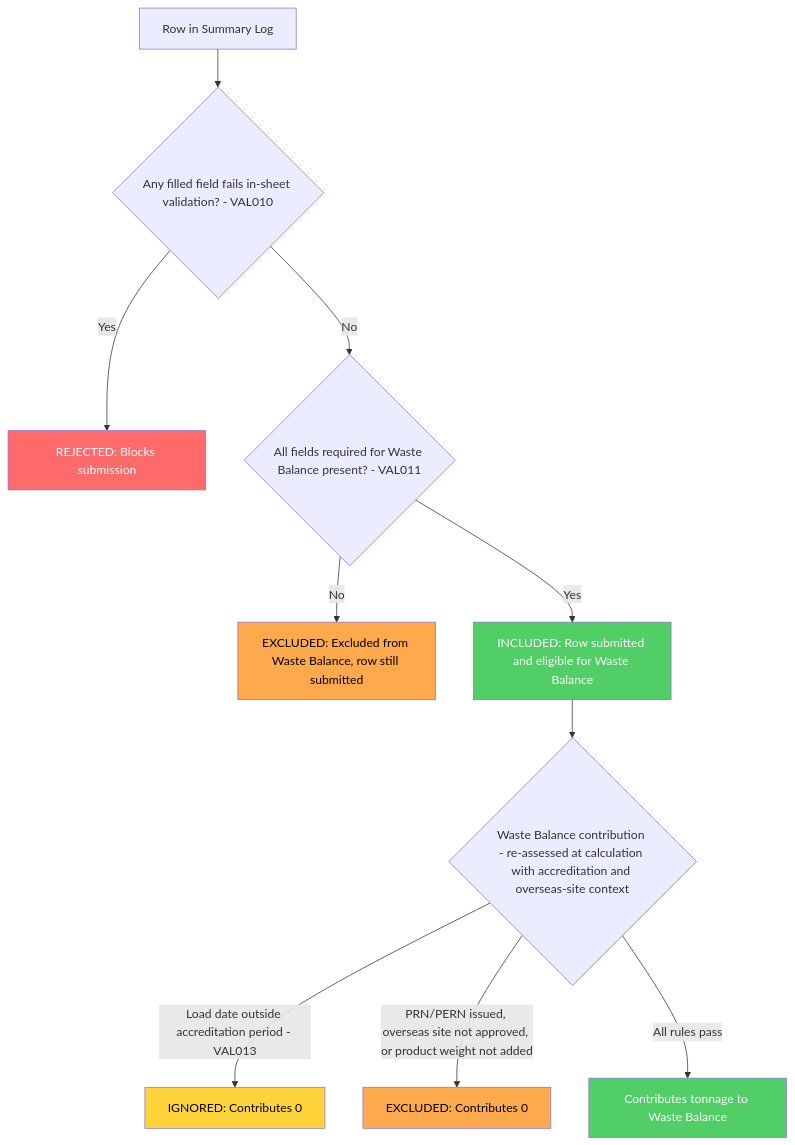
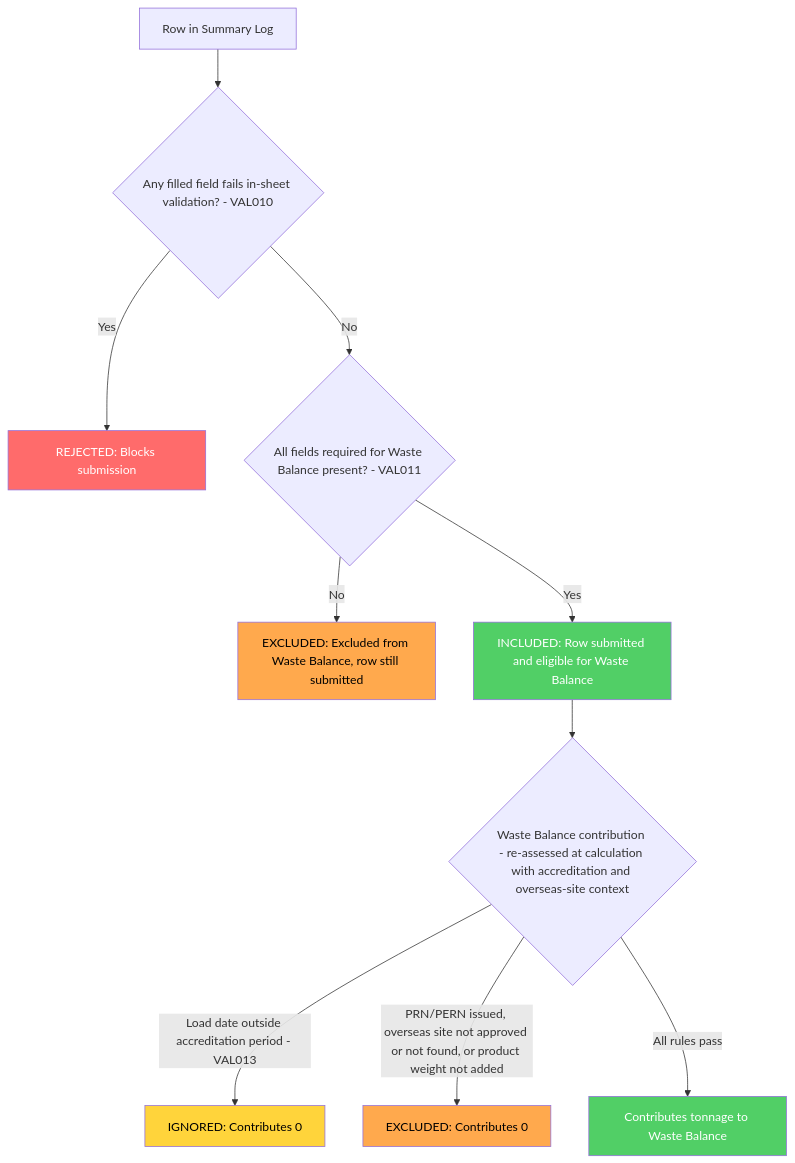
Before and after one commit to DEFRA/epr-re-ex-service: the diagram in docs/architecture/defined/summary-log-row-validation-classification.md, drawn with Mermaid. The commit also changed other lines of this file and 1 other file, not shown here.

Commit message:
PAE-1647: Document ORS_NOT_FOUND exclusion reason (#292)

````diff
--- a/docs/architecture/defined/summary-log-row-validation-classification.md
+++ b/docs/architecture/defined/summary-log-row-validation-classification.md
@@ -75,23 +76,23 @@
 ```mermaid
 flowchart TD
     A[Row in Summary Log] --> B{Any filled field fails in-sheet validation? - VAL010}
 
     B -->|Yes| REJECTED["REJECTED: Blocks submission"]
     B -->|No| C{All fields required for Waste Balance present? - VAL011}
 
     C -->|No| EXCLUDED["EXCLUDED: Excluded from Waste Balance, row still submitted"]
     C -->|Yes| INCLUDED["INCLUDED: Row submitted and eligible for Waste Balance"]
 
     INCLUDED --> WB{"Waste Balance contribution - re-assessed at calculation with accreditation and overseas-site context"}
 
     WB -->|Load date outside accreditation period - VAL013| IGNORED["IGNORED: Contributes 0"]
-    WB -->|PRN/PERN issued, overseas site not approved, or product weight not added| EXCL2["EXCLUDED: Contributes 0"]
+    WB -->|PRN/PERN issued, overseas site not approved or not found, or product weight not added| EXCL2["EXCLUDED: Contributes 0"]
     WB -->|All rules pass| CONTRIB["Contributes tonnage to Waste Balance"]
 
     style REJECTED fill:#ff6b6b,color:#fff
     style EXCLUDED fill:#ffa94d,color:#000
     style EXCL2 fill:#ffa94d,color:#000
     style IGNORED fill:#ffd43b,color:#000
     style INCLUDED fill:#51cf66,color:#fff
     style CONTRIB fill:#51cf66,color:#fff
 ```
````
